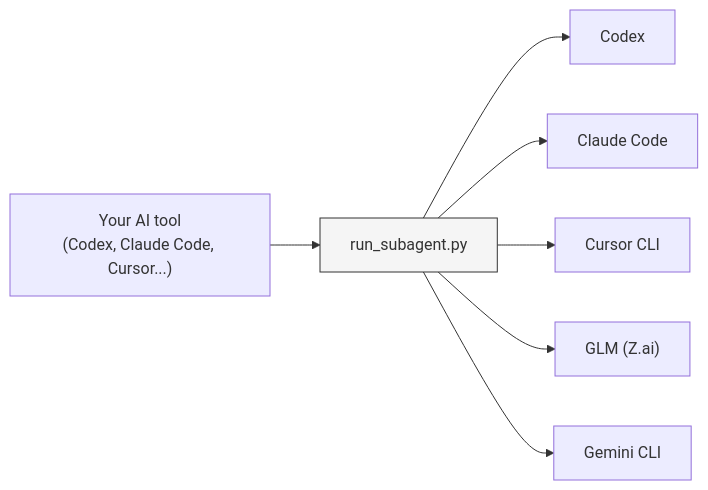
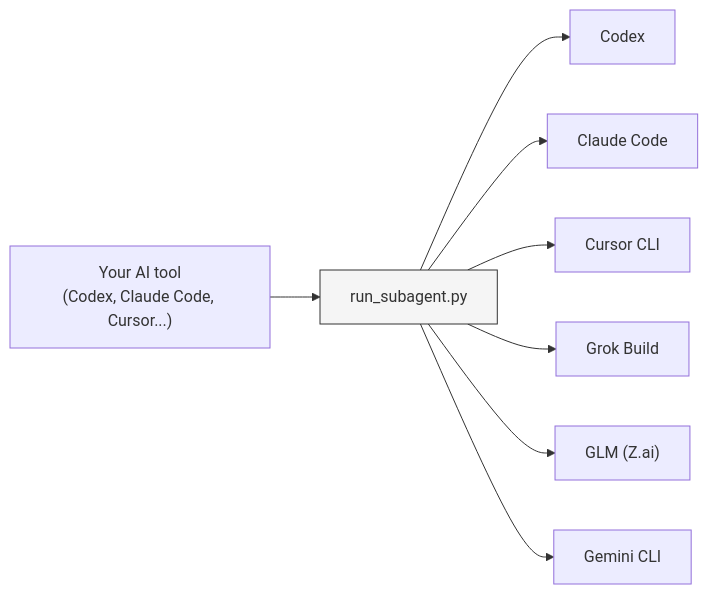
One commit to shinpr/sub-agents-skills changed the diagram in README.md. Above: the diagram before and after it, drawn with Mermaid. The commit also changed other lines of this file and 21 other files, not shown here.

Commit message:
Add Grok Build backend support

````diff
--- a/README.md
+++ b/README.md
@@ -12,10 +12,11 @@
 ```mermaid
 graph LR
     A["Your AI tool<br/>(Codex, Claude Code, Cursor...)"] --> B["run_subagent.py"]
     B --> C["Codex"]
     B --> D["Claude Code"]
     B --> E["Cursor CLI"]
+    B --> H["Grok Build"]
     B --> G["GLM (Z.ai)"]
     B --> F["Gemini CLI"]
     style B fill:#f5f5f5,stroke:#333
 ```
````
